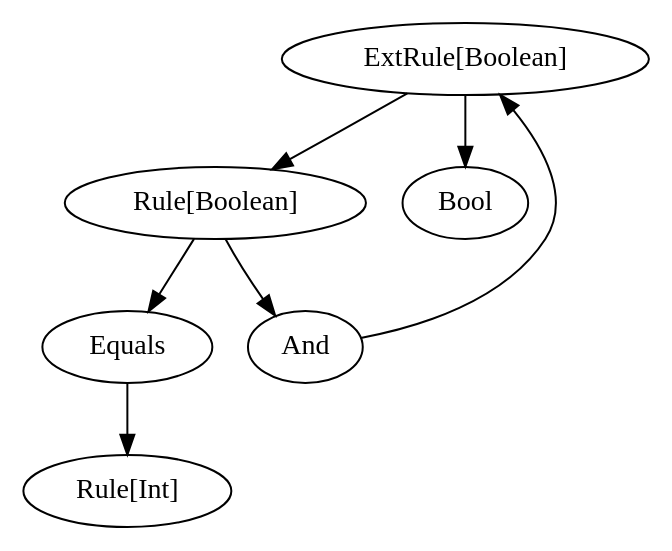
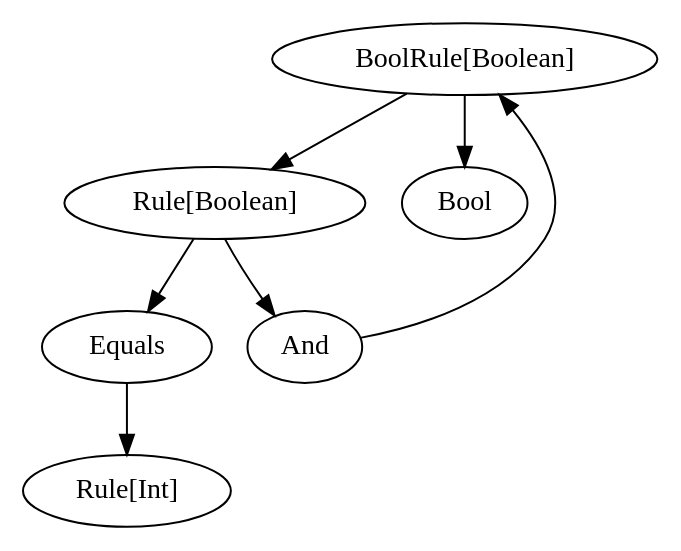
The diagram in src/main/graphviz/deserialise-bug-wat-2.dot (nrinaudo/dsl-tagless), drawn with Graphviz before and after one commit. The commit also changed 21 other files, not shown here.

Commit message:
Rename ExtRule to BoolRule

```diff
--- a/src/main/graphviz/deserialise-bug-wat-2.dot
+++ b/src/main/graphviz/deserialise-bug-wat-2.dot
@@ -1,18 +1,18 @@
 digraph {
     splines=true
 
-    ExtRuleBool[label="ExtRule[Boolean]" class="operator"]
+    BoolRuleBool[label="BoolRule[Boolean]" class="operator"]
     RuleBool[label="Rule[Boolean]" class="operator,disabled"]
     RuleInt[label="Rule[Int]" class="operator,disabled"]
     And
     Equals[class="disabled"]
     Bool[class="disabled"]
 
-    ExtRuleBool -> RuleBool[class="relies,disabled"]
-    ExtRuleBool -> Bool[class="disabled"]
+    BoolRuleBool -> RuleBool[class="relies,disabled"]
+    BoolRuleBool -> Bool[class="disabled"]
     Equals -> RuleInt[class="relies,disabled"]
     RuleBool -> And[class="disabled"]
     RuleBool -> Equals[class="disabled"]
     And -> RuleBool[class="relies" style="invis"]
-    And -> ExtRuleBool[class="relies,add"]
+    And -> BoolRuleBool[class="relies,add"]
 }
```
